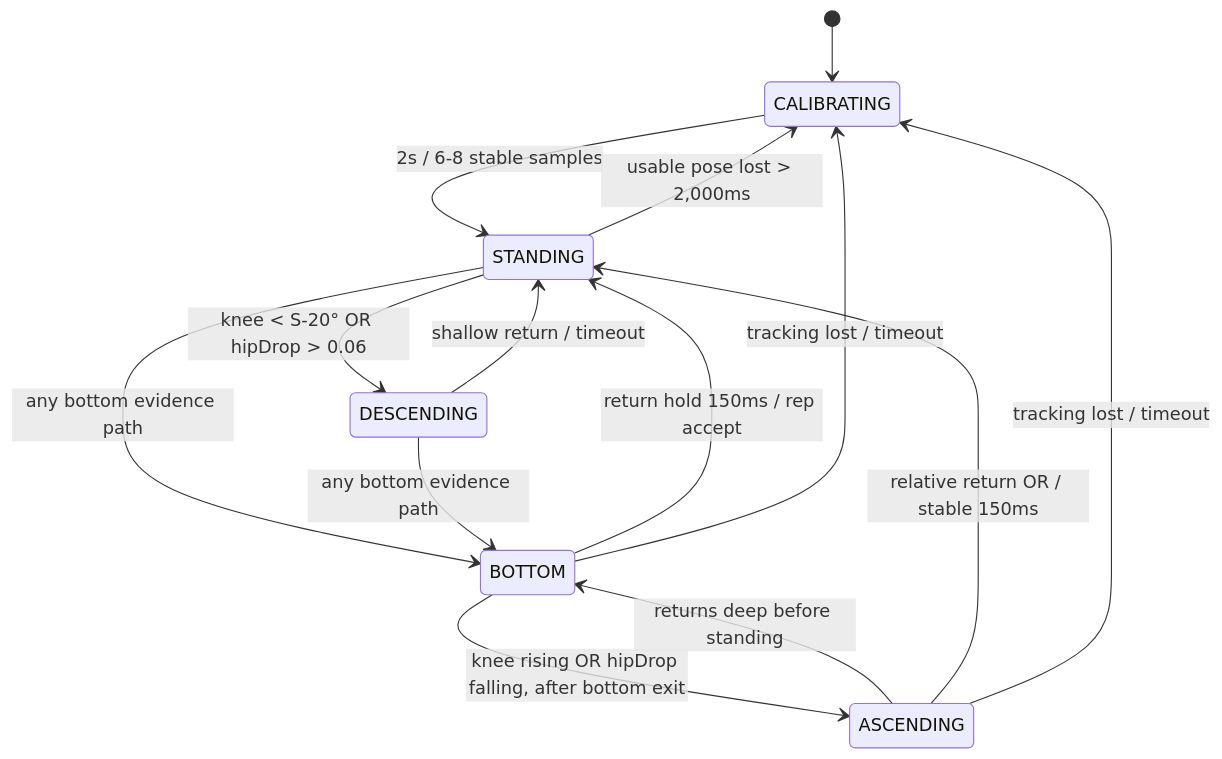
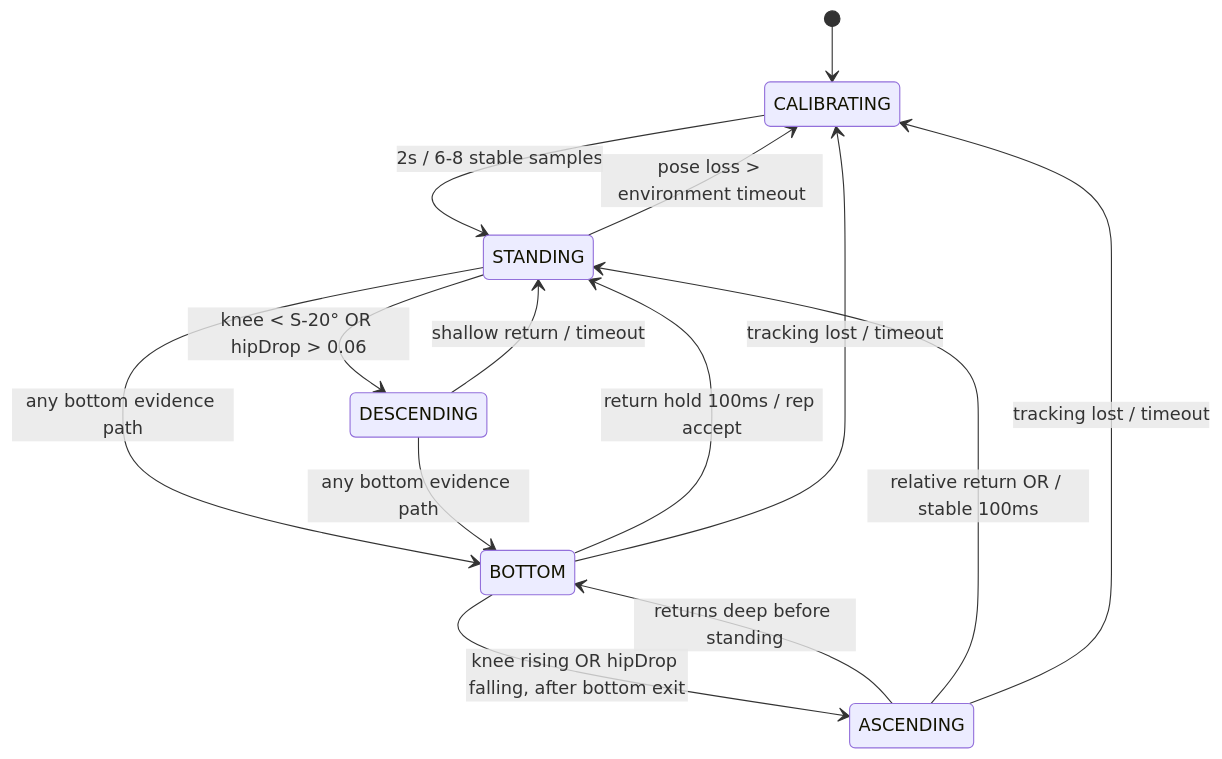
The second of 2 diagrams in docs/squat-detection.md (kren-team/MICHIZURE), drawn with Mermaid before and after one commit. The commit also changed other lines of this file and 4 other files, not shown here.

````diff
--- a/docs/squat-detection.md
+++ b/docs/squat-detection.md
@@ -216,16 +216,16 @@
 ```mermaid
 stateDiagram-v2
     [*] --> CALIBRATING
     CALIBRATING --> STANDING: 2s / 6-8 stable samples
     STANDING --> DESCENDING: knee < S-20° OR hipDrop > 0.06
     STANDING --> BOTTOM: any bottom evidence path
     DESCENDING --> STANDING: shallow return / timeout
     DESCENDING --> BOTTOM: any bottom evidence path
     BOTTOM --> ASCENDING: knee rising OR hipDrop falling, after bottom exit
-    BOTTOM --> STANDING: return hold 150ms / rep accept
+    BOTTOM --> STANDING: return hold 100ms / rep accept
     BOTTOM --> CALIBRATING: tracking lost / timeout
     ASCENDING --> BOTTOM: returns deep before standing
-    ASCENDING --> STANDING: relative return OR / stable 150ms
+    ASCENDING --> STANDING: relative return OR / stable 100ms
     ASCENDING --> CALIBRATING: tracking lost / timeout
-    STANDING --> CALIBRATING: usable pose lost > 2,000ms
+    STANDING --> CALIBRATING: pose loss > environment timeout
 ```
````
